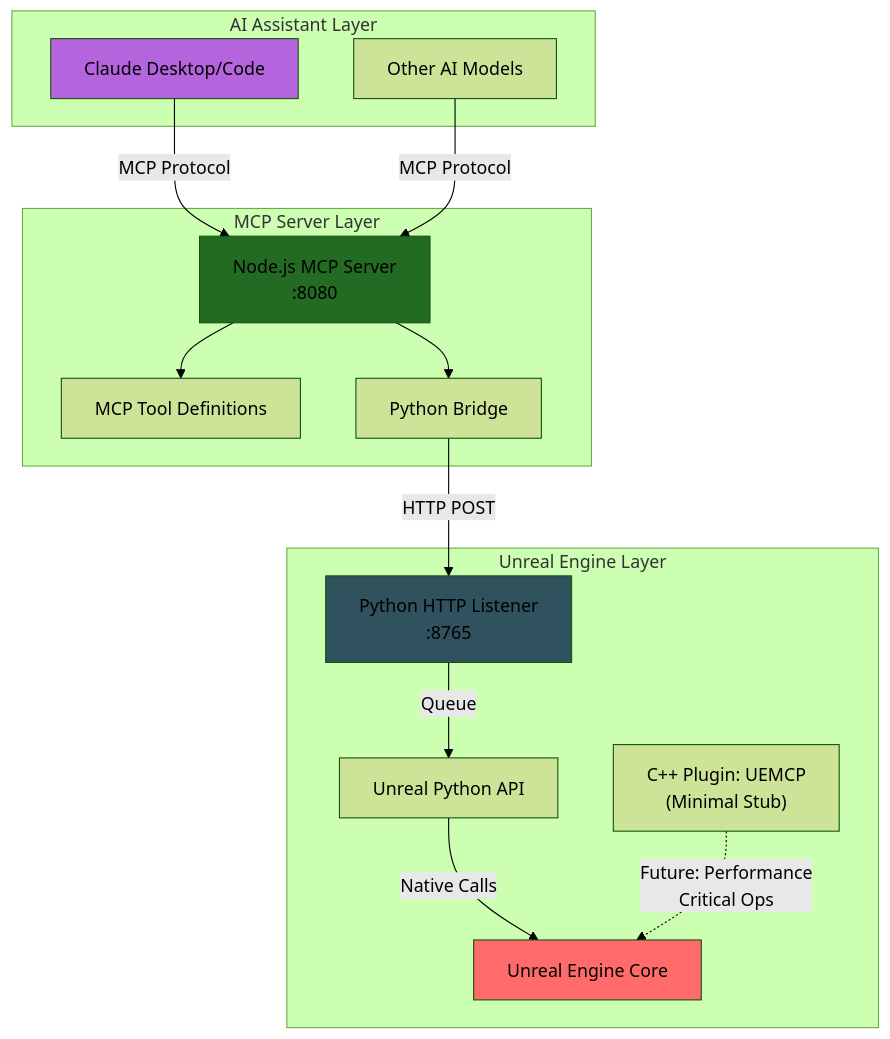
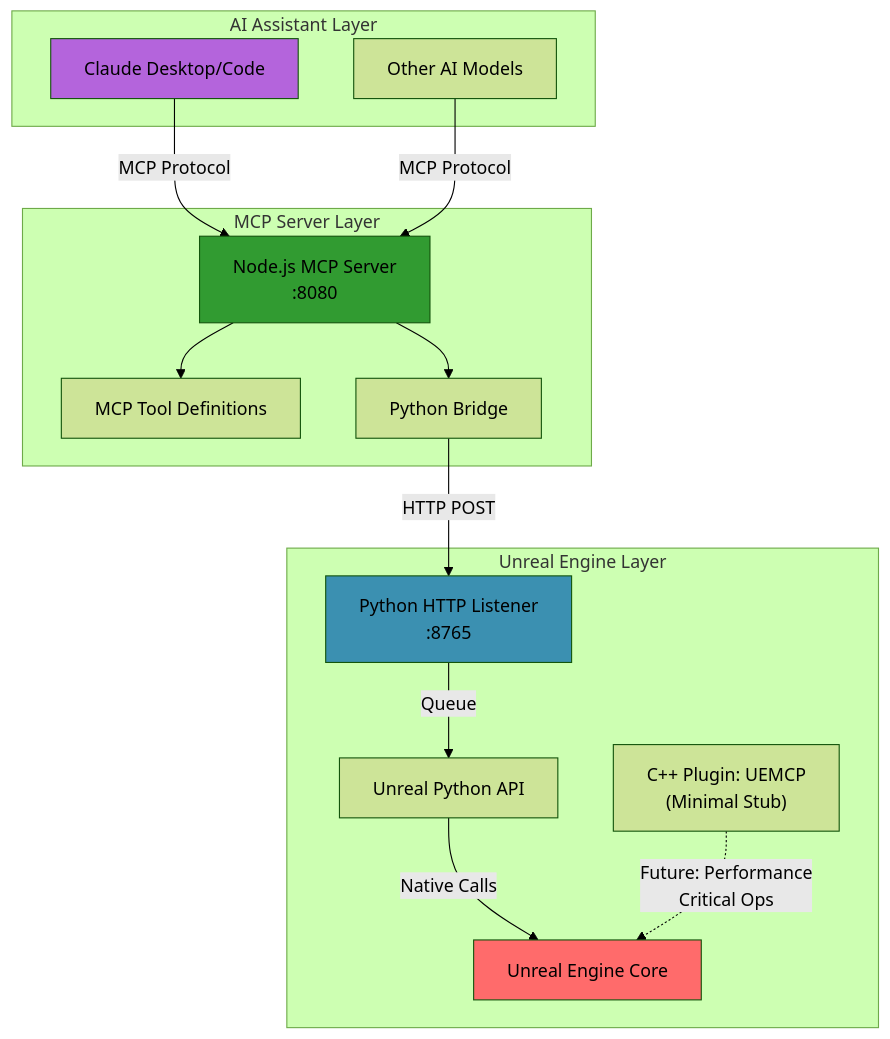
One commit to atomantic/UEMCP changed the diagram in README.md. Above: the diagram before and after it, drawn with Mermaid (forest theme). The commit also changed other lines of this file, not shown here.

Commit message:
clean up readme

````diff
--- a/README.md
+++ b/README.md
@@ -79,34 +79,34 @@
 ```mermaid
 flowchart TB
     subgraph "AI Assistant Layer"
         Claude[Claude Desktop/Code]
         Other[Other AI Models]
     end
     
     subgraph "MCP Server Layer"
         NodeJS["Node.js MCP Server<br/>:8080"]
         Tools[MCP Tool Definitions]
         Bridge[Python Bridge]
     end
     
     subgraph "Unreal Engine Layer"
         PythonListener["Python HTTP Listener<br/>:8765"]
         PythonAPI[Unreal Python API]
         CPPPlugin["C++ Plugin: UEMCP<br/>(Minimal Stub)"]
         UECore[Unreal Engine Core]
     end
     
     Claude -->|MCP Protocol| NodeJS
     Other -->|MCP Protocol| NodeJS
     NodeJS --> Tools
     NodeJS --> Bridge
     Bridge -->|HTTP POST| PythonListener
     PythonListener -->|Queue| PythonAPI
     PythonAPI -->|Native Calls| UECore
     CPPPlugin -.->|"Future: Performance<br/>Critical Ops"| UECore
     
     style Claude fill:#b464dc
-    style NodeJS fill:#236b23
-    style PythonListener fill:#30525f
+    style NodeJS fill:#319b31
+    style PythonListener fill:#3b90b1
     style UECore fill:#ff6b6b
 ```
````
